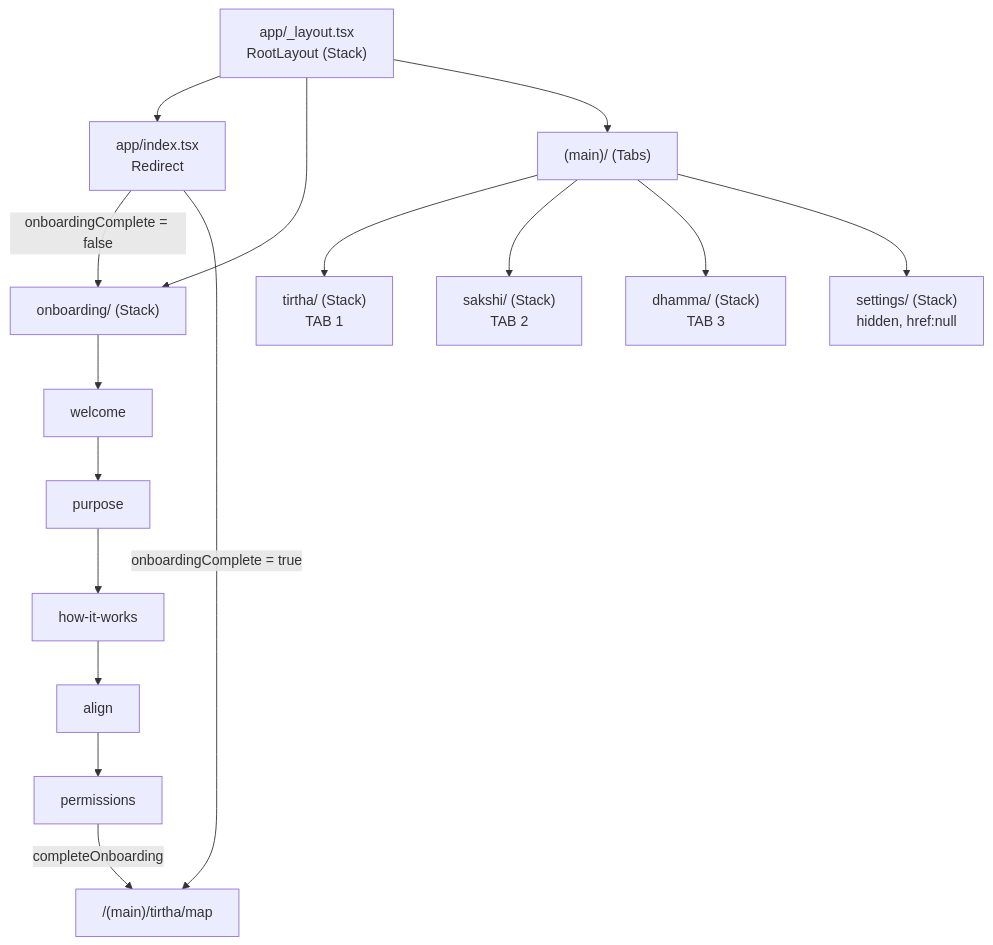
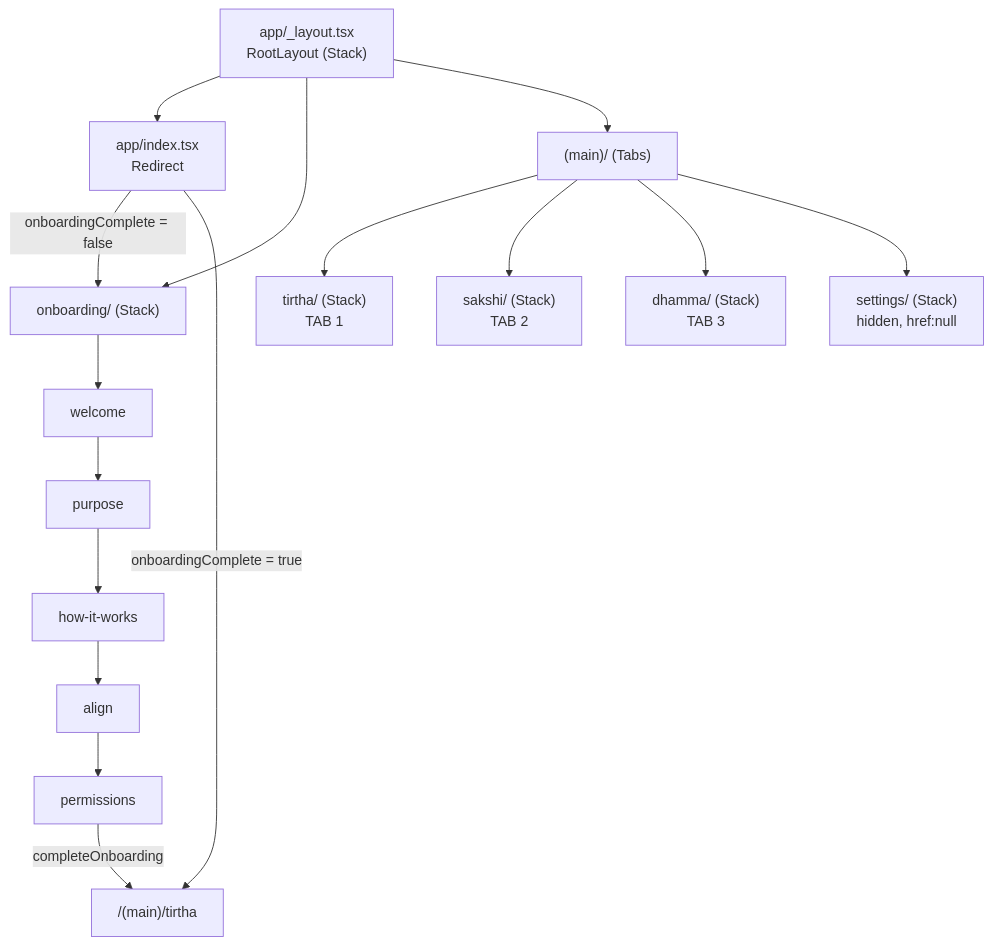
One commit to LumbiniX-Committee/Everest changed the diagram in docs/ai-context/SCREENS_AND_NAVIGATION.md. Above: the diagram before and after it, drawn with Mermaid. The commit also changed other lines of this file and 77 other files, not shown here.

````diff
--- a/docs/ai-context/SCREENS_AND_NAVIGATION.md
+++ b/docs/ai-context/SCREENS_AND_NAVIGATION.md
@@ -62,18 +62,18 @@
 ```mermaid
 graph TD
     Root["app/_layout.tsx<br/>RootLayout (Stack)"]
     Root --> Idx["app/index.tsx<br/>Redirect"]
     Root --> Onb["onboarding/ (Stack)"]
     Root --> Main["(main)/ (Tabs)"]
 
     Idx -->|onboardingComplete = false| Onb
-    Idx -->|onboardingComplete = true| Map["/(main)/tirtha/map"]
+    Idx -->|onboardingComplete = true| Map["/(main)/tirtha"]
 
     Onb --> W[welcome] --> P[purpose] --> H[how-it-works] --> A[align] --> Perm[permissions]
     Perm -->|completeOnboarding| Map
 
     Main --> T["tirtha/ (Stack)<br/>TAB 1"]
     Main --> S["sakshi/ (Stack)<br/>TAB 2"]
     Main --> D["dhamma/ (Stack)<br/>TAB 3"]
     Main --> Set["settings/ (Stack)<br/>hidden, href:null"]
 ```
````
